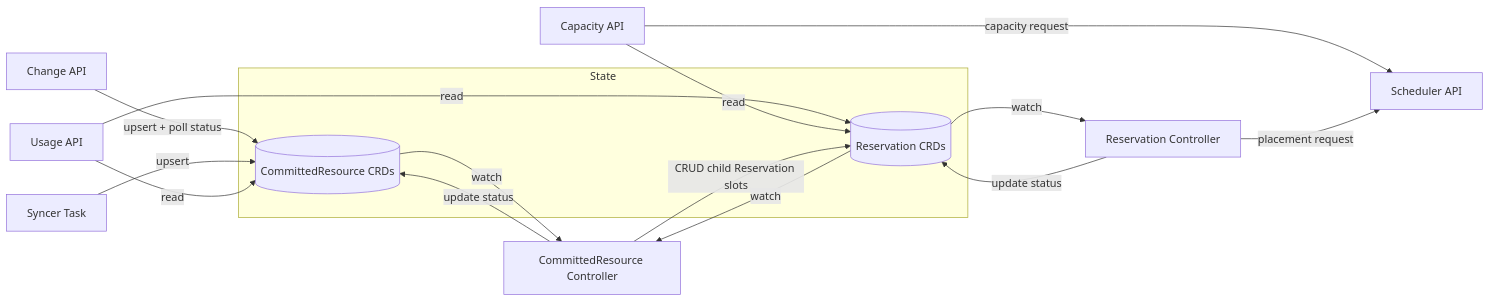
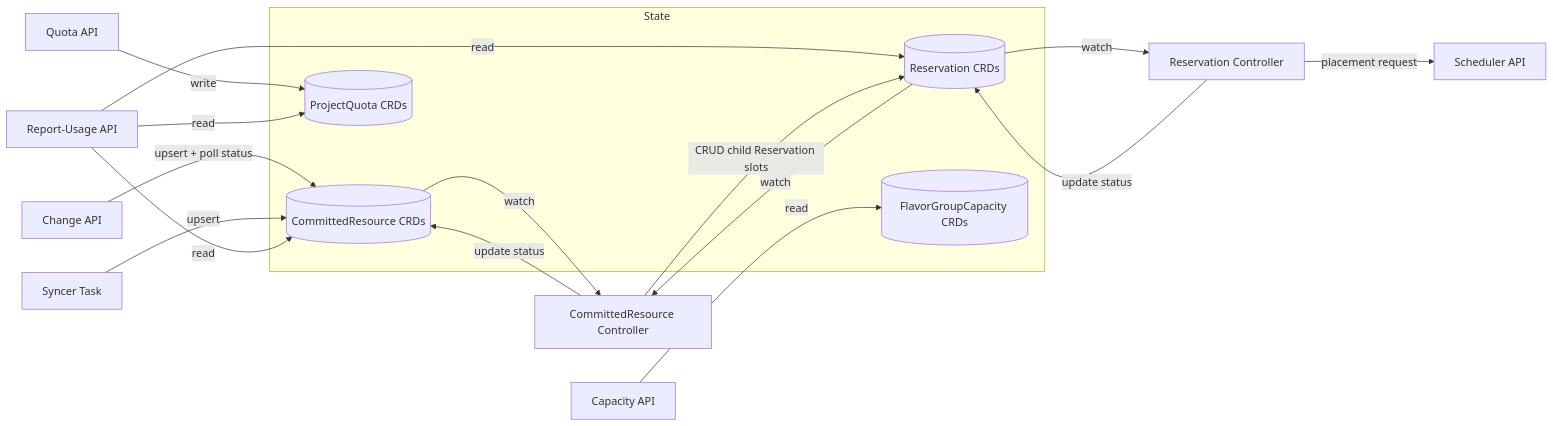
One commit to cobaltcore-dev/cortex changed the first of 5 diagrams in docs/reservations/committed-resource-reservations.md. Above: the diagram before and after it, drawn with Mermaid. The commit also changed other lines of this file and 12 other files, not shown here.

````diff
--- a/docs/reservations/committed-resource-reservations.md
+++ b/docs/reservations/committed-resource-reservations.md
@@ -43,29 +47,33 @@
 ```mermaid
 flowchart LR
     subgraph State
         CR[(CommittedResource CRDs)]
         Res[(Reservation CRDs)]
+        PQ[(ProjectQuota CRDs)]
+        FGCap[(FlavorGroupCapacity CRDs)]
     end
 
     Syncer[Syncer Task]
     ChangeAPI[Change API]
+    QuotaAPI[Quota API]
     CapacityAPI[Capacity API]
     CRCtrl[CommittedResource Controller]
     ResCtrl[Reservation Controller]
-    UsageAPI[Usage API]
+    UsageAPI[Report-Usage API]
     Scheduler[Scheduler API]
 
     ChangeAPI -->|upsert + poll status| CR
+    QuotaAPI -->|write| PQ
     Syncer -->|upsert| CR
     UsageAPI -->|read| CR
     UsageAPI -->|read| Res
-    CapacityAPI -->|read| Res
-    CapacityAPI -->|capacity request| Scheduler
+    UsageAPI -->|read| PQ
+    CapacityAPI -->|read| FGCap
     CR -->|watch| CRCtrl
     CRCtrl -->|CRUD child Reservation slots| Res
     CRCtrl -->|update status| CR
     Res -->|watch| CRCtrl
     Res -->|watch| ResCtrl
     ResCtrl -->|placement request| Scheduler
     ResCtrl -->|update status| Res
 ```
````
